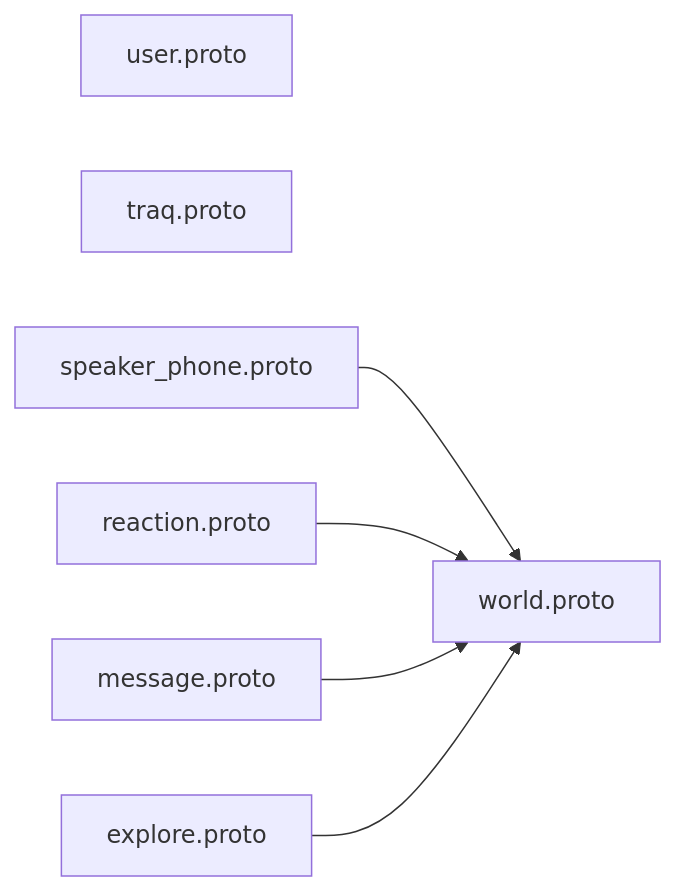
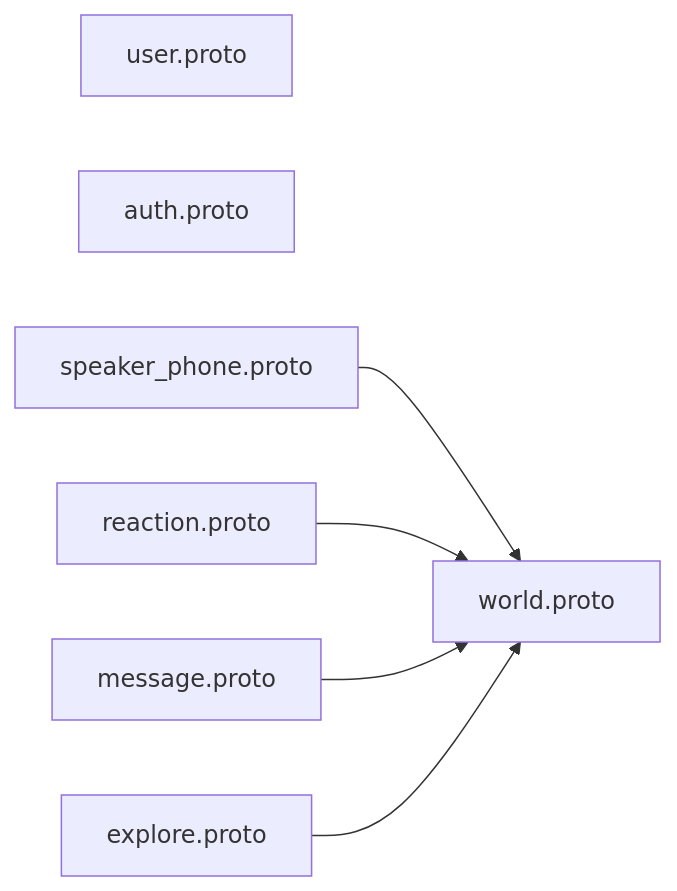
One commit to traP-jp/h24w_14 changed the diagram in proto/README.md. Above: the diagram before and after it, drawn with Mermaid. The commit also changed 1 other file, not shown here.

Commit message:
:art: Rename `traq.proto` to `auth.proto`

````diff
--- a/proto/README.md
+++ b/proto/README.md
@@ -3,15 +3,15 @@
 ```mermaid
 graph LR
     World[world.proto]
     User[user.proto]
-    Traq[traq.proto]
+    Auth[auth.proto]
     SpeakerPhone[speaker_phone.proto]
     Reaction[reaction.proto]
     Message[message.proto]
     Explore[explore.proto]
 
     SpeakerPhone --> World
     Reaction --> World
     Message --> World
     Explore --> World
 ```
````
